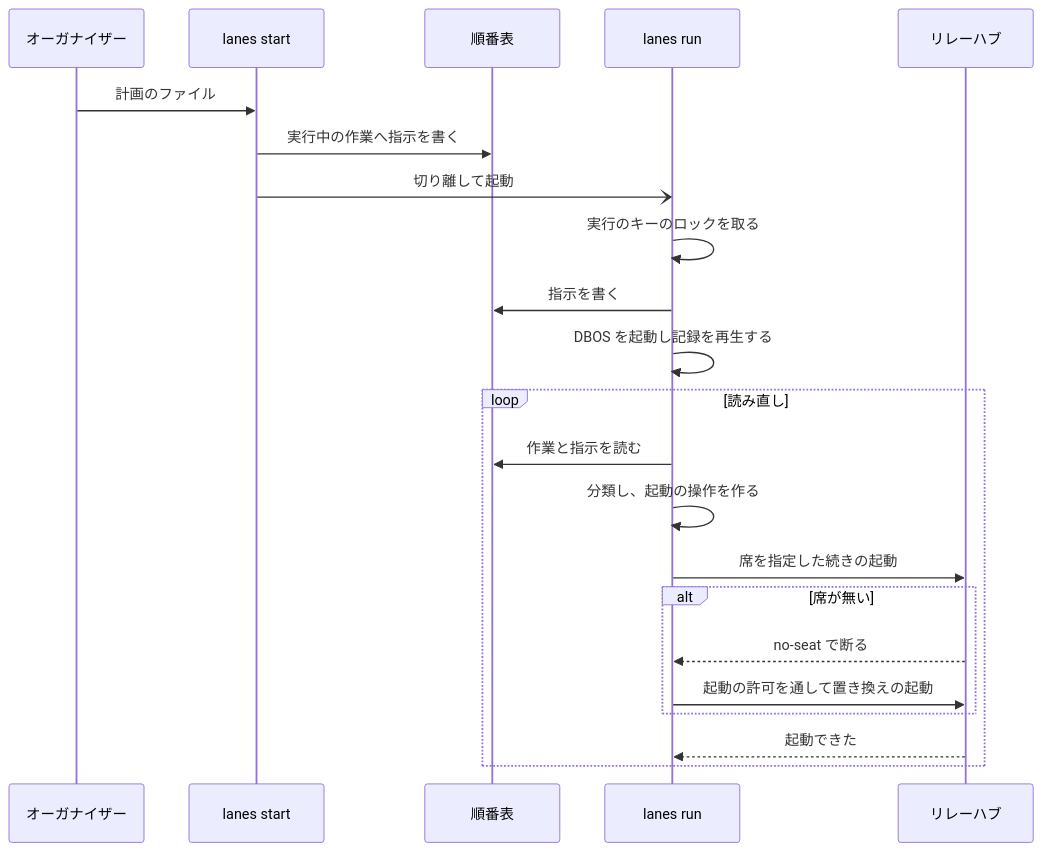
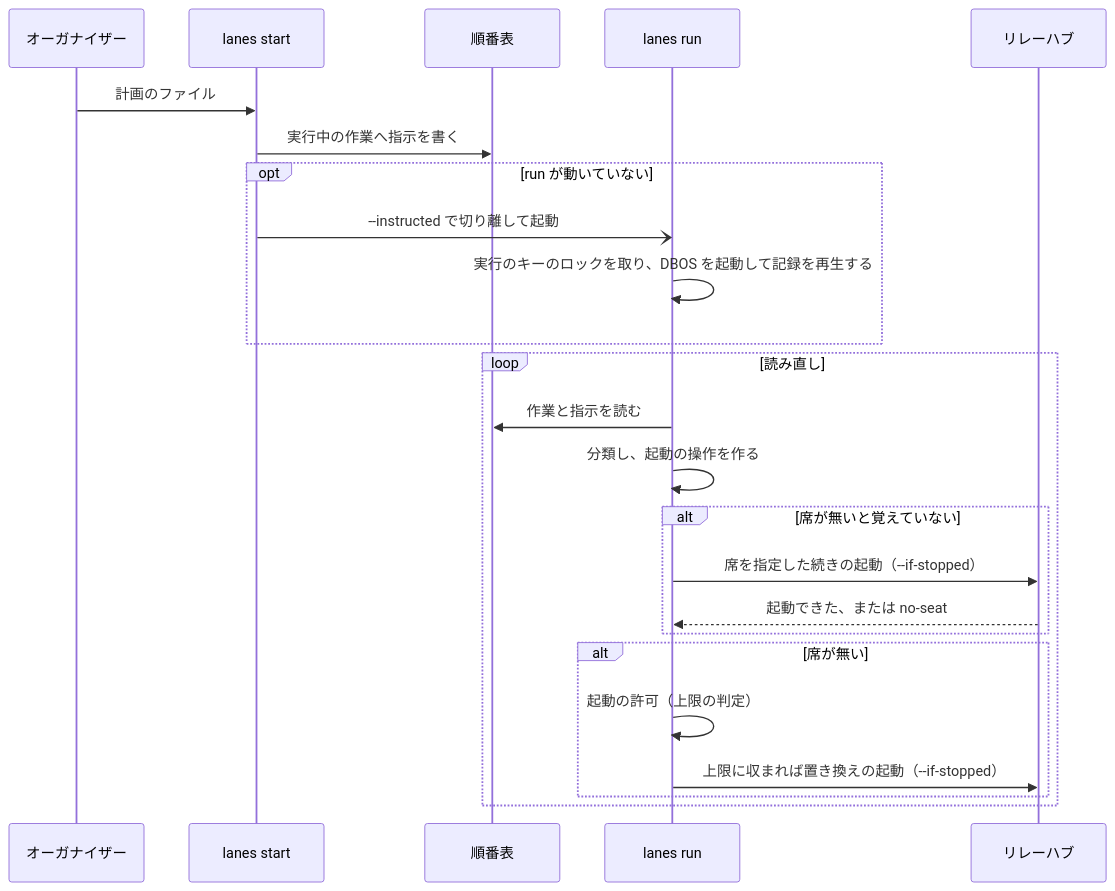
One commit to devbasex/ai-plugins changed the fifth of 5 diagrams in issues/issue-4575-design.md. Above: the diagram before and after it, drawn with Mermaid. The commit also changed other lines of this file, not shown here.

````diff
--- a/issues/issue-4575-design.md
+++ b/issues/issue-4575-design.md
@@ -238,24 +304,26 @@
 ```mermaid
 sequenceDiagram
   participant O as オーガナイザー
   participant S as lanes start
   participant T as 順番表
   participant R as lanes run
   participant H as リレーハブ
   O->>S: 計画のファイル
   S->>T: 実行中の作業へ指示を書く
-  S-)R: 切り離して起動
-  R->>R: 実行のキーのロックを取る
-  R->>T: 指示を書く
-  R->>R: DBOS を起動し記録を再生する
+  opt run が動いていない
+    S-)R: --instructed で切り離して起動
+    R->>R: 実行のキーのロックを取り、DBOS を起動して記録を再生する
+  end
   loop 読み直し
     R->>T: 作業と指示を読む
     R->>R: 分類し、起動の操作を作る
-    R->>H: 席を指定した続きの起動
+    alt 席が無いと覚えていない
+      R->>H: 席を指定した続きの起動（--if-stopped）
+      H-->>R: 起動できた、または no-seat
+    end
     alt 席が無い
-      H-->>R: no-seat で断る
-      R->>H: 起動の許可を通して置き換えの起動
+      R->>R: 起動の許可（上限の判定）
+      R->>H: 上限に収まれば置き換えの起動（--if-stopped）
     end
-    H-->>R: 起動できた
   end
 ```
````
